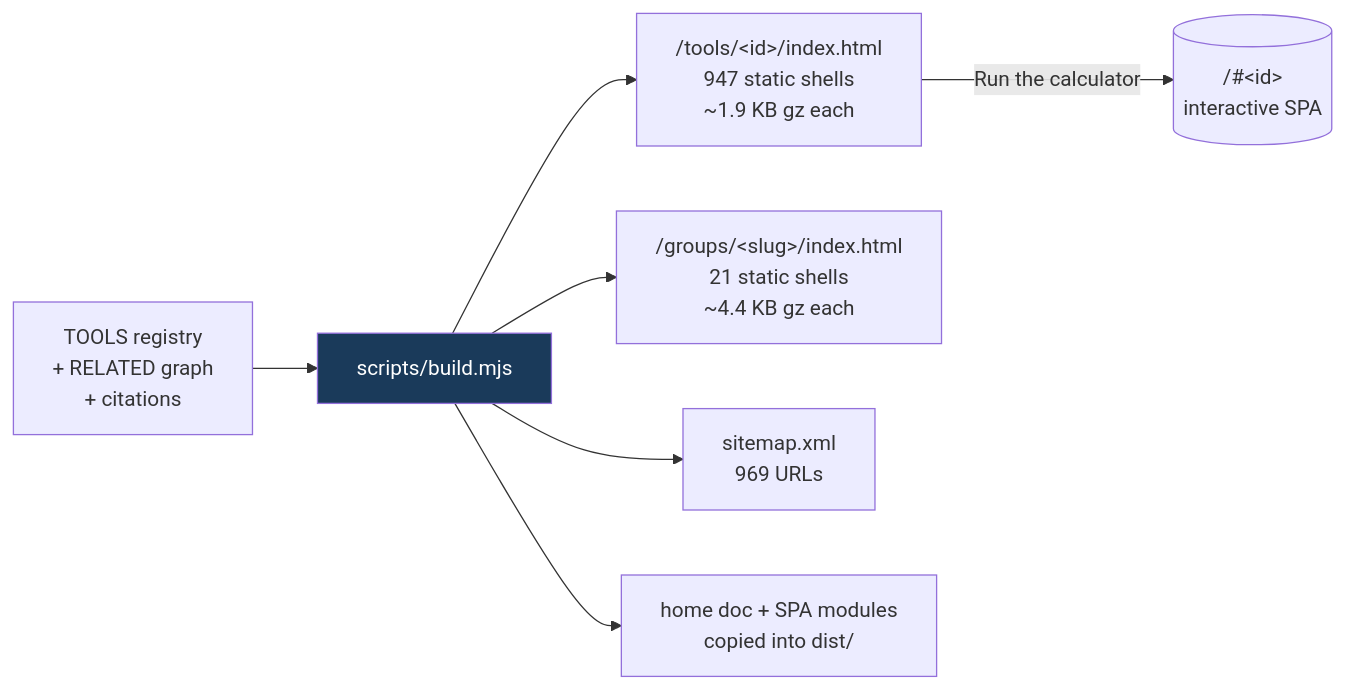
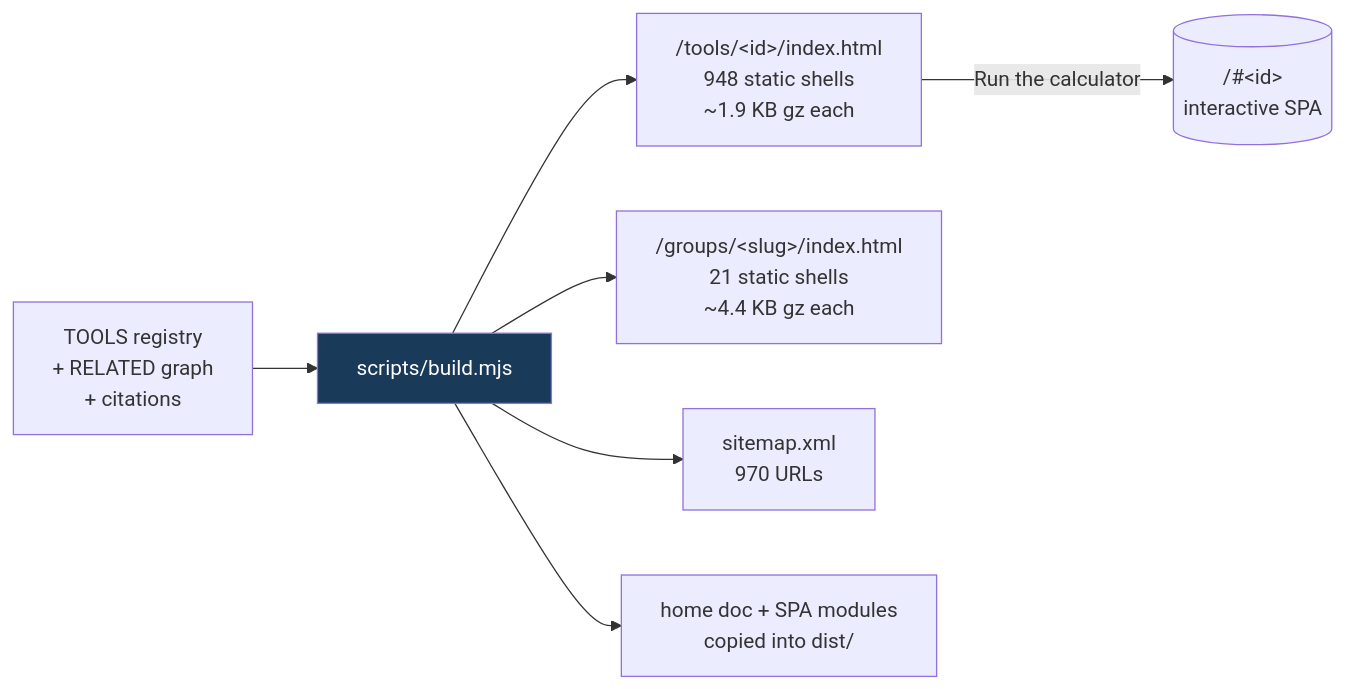
Before and after one commit to clay-good/roughlogic.com: the fifth of 8 diagrams in README.md, drawn with Mermaid. The commit also changed other lines of this file and 12 other files, not shown here.

````diff
--- a/README.md
+++ b/README.md
@@ -495,10 +495,10 @@
 ```mermaid
 flowchart LR
     SRC[TOOLS registry\n+ RELATED graph\n+ citations] --> BUILD[scripts/build.mjs]
-    BUILD --> TILE["/tools/&lt;id&gt;/index.html\n947 static shells\n~1.9 KB gz each"]
+    BUILD --> TILE["/tools/&lt;id&gt;/index.html\n948 static shells\n~1.9 KB gz each"]
     BUILD --> GROUP["/groups/&lt;slug&gt;/index.html\n21 static shells\n~4.4 KB gz each"]
-    BUILD --> MAP["sitemap.xml\n969 URLs"]
+    BUILD --> MAP["sitemap.xml\n970 URLs"]
     BUILD --> COPY[home doc + SPA modules\ncopied into dist/]
     TILE -->|Run the calculator| SPA[("/#&lt;id&gt;\ninteractive SPA")]
     style BUILD fill:#1a3a5a,color:#fff
 ```
````
